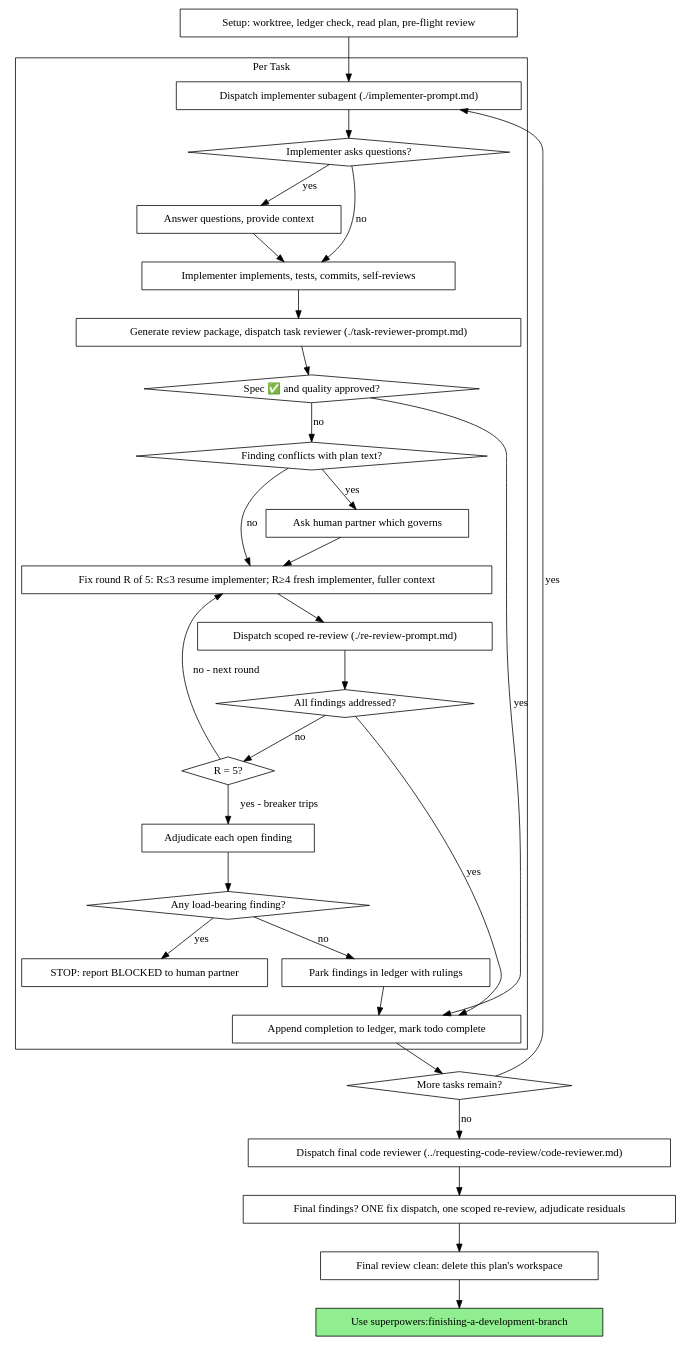
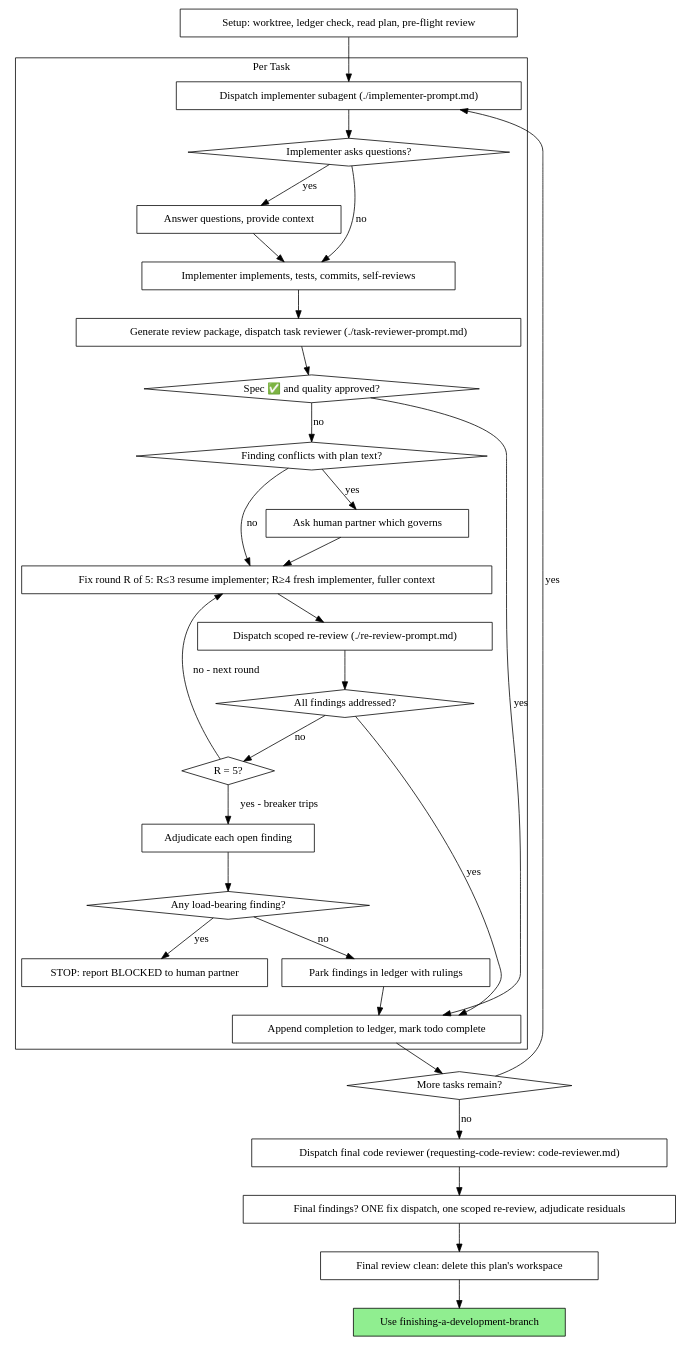
One commit to RisorseArtificiali/skills changed the second of 2 diagrams in forked/subagent-driven-development/SKILL.md. Above: the diagram before and after it, drawn with Graphviz. The commit also changed other lines of this file and 29 other files, not shown here.

````diff
--- a/forked/subagent-driven-development/SKILL.md
+++ b/forked/subagent-driven-development/SKILL.md
@@ -47,62 +47,62 @@
 ```dot
 digraph process {
     rankdir=TB;
 
     subgraph cluster_per_task {
         label="Per Task";
         "Dispatch implementer subagent (./implementer-prompt.md)" [shape=box];
         "Implementer asks questions?" [shape=diamond];
         "Answer questions, provide context" [shape=box];
         "Implementer implements, tests, commits, self-reviews" [shape=box];
         "Generate review package, dispatch task reviewer (./task-reviewer-prompt.md)" [shape=box];
         "Spec ✅ and quality approved?" [shape=diamond];
         "Finding conflicts with plan text?" [shape=diamond];
         "Ask human partner which governs" [shape=box];
         "Fix round R of 5: R≤3 resume implementer; R≥4 fresh implementer, fuller context" [shape=box];
         "Dispatch scoped re-review (./re-review-prompt.md)" [shape=box];
         "All findings addressed?" [shape=diamond];
         "R = 5?" [shape=diamond];
         "Adjudicate each open finding" [shape=box];
         "Any load-bearing finding?" [shape=diamond];
         "STOP: report BLOCKED to human partner" [shape=box];
         "Park findings in ledger with rulings" [shape=box];
         "Append completion to ledger, mark todo complete" [shape=box];
     }
 
     "Setup: worktree, ledger check, read plan, pre-flight review" [shape=box];
     "More tasks remain?" [shape=diamond];
-    "Dispatch final code reviewer (../requesting-code-review/code-reviewer.md)" [shape=box];
+    "Dispatch final code reviewer (requesting-code-review: code-reviewer.md)" [shape=box];
     "Final findings? ONE fix dispatch, one scoped re-review, adjudicate residuals" [shape=box];
     "Final review clean: delete this plan's workspace" [shape=box];
-    "Use superpowers:finishing-a-development-branch" [shape=box style=filled fillcolor=lightgreen];
+    "Use finishing-a-development-branch" [shape=box style=filled fillcolor=lightgreen];
 
     "Setup: worktree, ledger check, read plan, pre-flight review" -> "Dispatch implementer subagent (./implementer-prompt.md)";
     "Dispatch implementer subagent (./implementer-prompt.md)" -> "Implementer asks questions?";
     "Implementer asks questions?" -> "Answer questions, provide context" [label="yes"];
     "Answer questions, provide context" -> "Implementer implements, tests, commits, self-reviews";
     "Implementer asks questions?" -> "Implementer implements, tests, commits, self-reviews" [label="no"];
     "Implementer implements, tests, commits, self-reviews" -> "Generate review package, dispatch task reviewer (./task-reviewer-prompt.md)";
     "Generate review package, dispatch task reviewer (./task-reviewer-prompt.md)" -> "Spec ✅ and quality approved?";
     "Spec ✅ and quality approved?" -> "Append completion to ledger, mark todo complete" [label="yes"];
     "Spec ✅ and quality approved?" -> "Finding conflicts with plan text?" [label="no"];
     "Finding conflicts with plan text?" -> "Ask human partner which governs" [label="yes"];
     "Ask human partner which governs" -> "Fix round R of 5: R≤3 resume implementer; R≥4 fresh implementer, fuller context";
     "Finding conflicts with plan text?" -> "Fix round R of 5: R≤3 resume implementer; R≥4 fresh implementer, fuller context" [label="no"];
     "Fix round R of 5: R≤3 resume implementer; R≥4 fresh implementer, fuller context" -> "Dispatch scoped re-review (./re-review-prompt.md)";
     "Dispatch scoped re-review (./re-review-prompt.md)" -> "All findings addressed?";
     "All findings addressed?" -> "Append completion to ledger, mark todo complete" [label="yes"];
     "All findings addressed?" -> "R = 5?" [label="no"];
     "R = 5?" -> "Fix round R of 5: R≤3 resume implementer; R≥4 fresh implementer, fuller context" [label="no - next round"];
     "R = 5?" -> "Adjudicate each open finding" [label="yes - breaker trips"];
     "Adjudicate each open finding" -> "Any load-bearing finding?";
     "Any load-bearing finding?" -> "STOP: report BLOCKED to human partner" [label="yes"];
     "Any load-bearing finding?" -> "Park findings in ledger with rulings" [label="no"];
     "Park findings in ledger with rulings" -> "Append completion to ledger, mark todo complete";
     "Append completion to ledger, mark todo complete" -> "More tasks remain?";
     "More tasks remain?" -> "Dispatch implementer subagent (./implementer-prompt.md)" [label="yes"];
-    "More tasks remain?" -> "Dispatch final code reviewer (../requesting-code-review/code-reviewer.md)" [label="no"];
-    "Dispatch final code reviewer (../requesting-code-review/code-reviewer.md)" -> "Final findings? ONE fix dispatch, one scoped re-review, adjudicate residuals";
+    "More tasks remain?" -> "Dispatch final code reviewer (requesting-code-review: code-reviewer.md)" [label="no"];
+    "Dispatch final code reviewer (requesting-code-review: code-reviewer.md)" -> "Final findings? ONE fix dispatch, one scoped re-review, adjudicate residuals";
     "Final findings? ONE fix dispatch, one scoped re-review, adjudicate residuals" -> "Final review clean: delete this plan's workspace";
-    "Final review clean: delete this plan's workspace" -> "Use superpowers:finishing-a-development-branch";
+    "Final review clean: delete this plan's workspace" -> "Use finishing-a-development-branch";
 }
 ```
````
